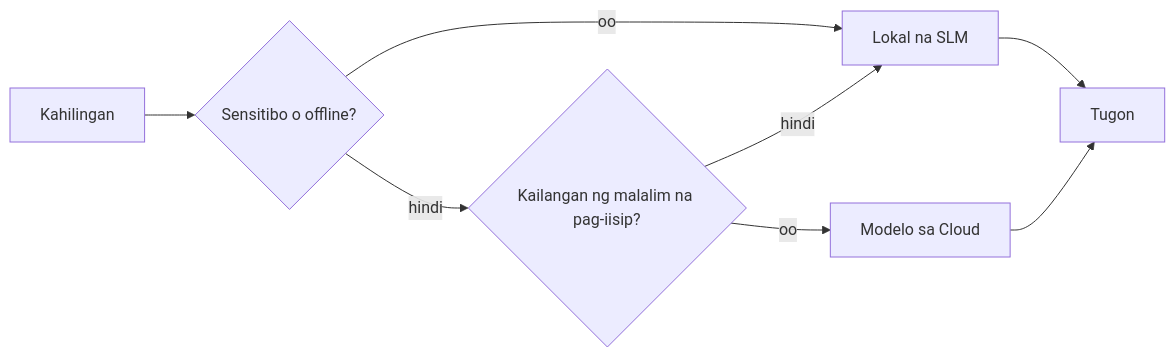
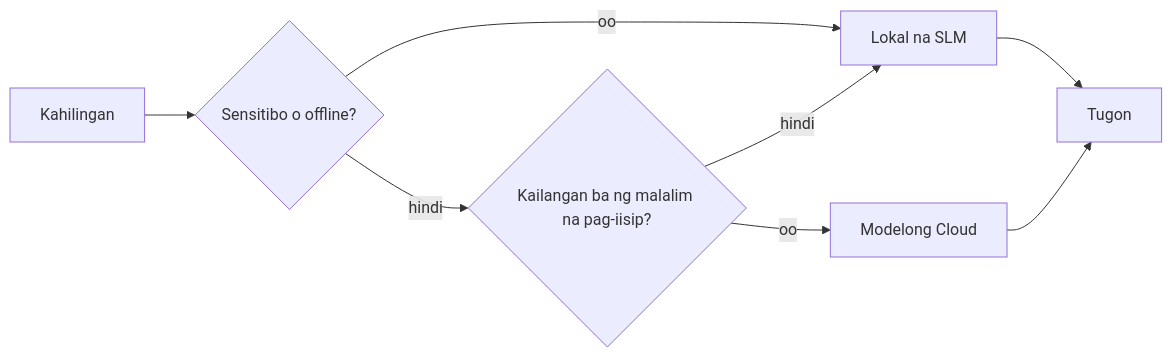
One commit to gabrielmoreira/agent-skills-mirror changed the fourth of 4 diagrams in mirrors/repos/microsoft@ai-agents-for-beginners/translations/tl/17-creating-local-ai-agents/README.md. Above: the diagram before and after it, drawn with Mermaid. The commit also changed other lines of this file and 4262 other files, not shown here.

````diff
--- a/mirrors/repos/microsoft@ai-agents-for-beginners/translations/tl/17-creating-local-ai-agents/README.md
+++ b/mirrors/repos/microsoft@ai-agents-for-beginners/translations/tl/17-creating-local-ai-agents/README.md
@@ -156,10 +156,10 @@
 ```mermaid
 flowchart LR
     Q[Kahilingan] --> S{Sensitibo o offline?}
     S -->|oo| L[Lokal na SLM]
-    S -->|hindi| C{Kailangan ng malalim na pag-iisip?}
+    S -->|hindi| C{Kailangan ba ng malalim na pag-iisip?}
     C -->|hindi| L
-    C -->|oo| Cloud[Modelo sa Cloud]
+    C -->|oo| Cloud[Modelong Cloud]
     L --> Out[Tugon]
     Cloud --> Out
 ```
````
